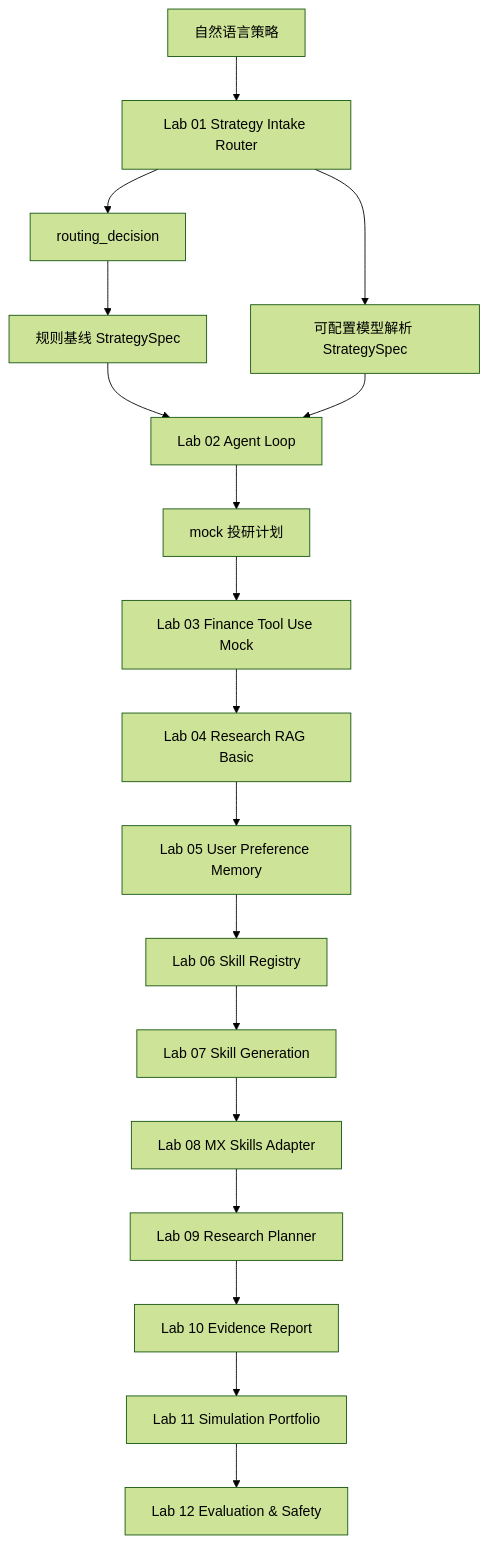
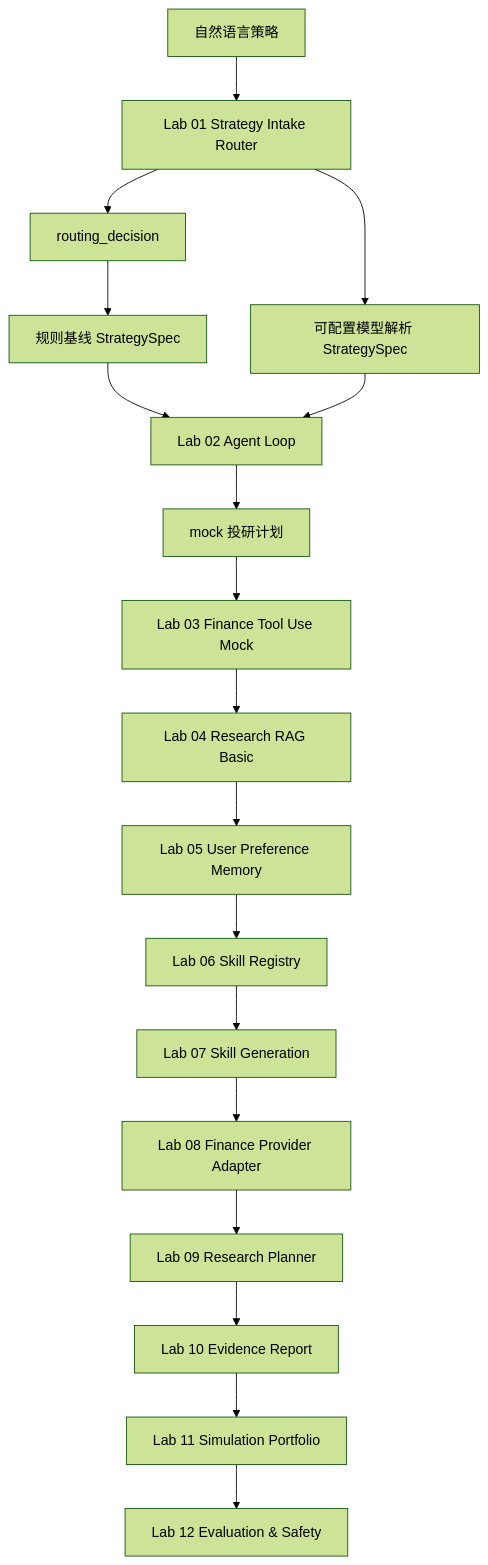
The third of 4 diagrams in docs/document-graph.md (pittosporum-seu/Learning_Agent), drawn with Mermaid (forest theme) before and after one commit. The commit also changed other lines of this file and 30 other files, not shown here.

````diff
--- a/docs/document-graph.md
+++ b/docs/document-graph.md
@@ -74,20 +74,20 @@
 ```mermaid
 flowchart TD
     U["自然语言策略"] --> L01["Lab 01 Strategy Intake Router"]
     L01 --> R0["routing_decision"]
     R0 --> R1["规则基线 StrategySpec"]
     L01 --> M1["可配置模型解析 StrategySpec"]
     R1 --> L02["Lab 02 Agent Loop"]
     M1 --> L02
     L02 --> P["mock 投研计划"]
     P --> L03["Lab 03 Finance Tool Use Mock"]
     L03 --> L04["Lab 04 Research RAG Basic"]
     L04 --> L05["Lab 05 User Preference Memory"]
     L05 --> L06["Lab 06 Skill Registry"]
     L06 --> L07["Lab 07 Skill Generation"]
-    L07 --> L08["Lab 08 MX Skills Adapter"]
+    L07 --> L08["Lab 08 Finance Provider Adapter"]
     L08 --> L09["Lab 09 Research Planner"]
     L09 --> L10["Lab 10 Evidence Report"]
     L10 --> L11["Lab 11 Simulation Portfolio"]
     L11 --> L12["Lab 12 Evaluation & Safety"]
 ```
````
